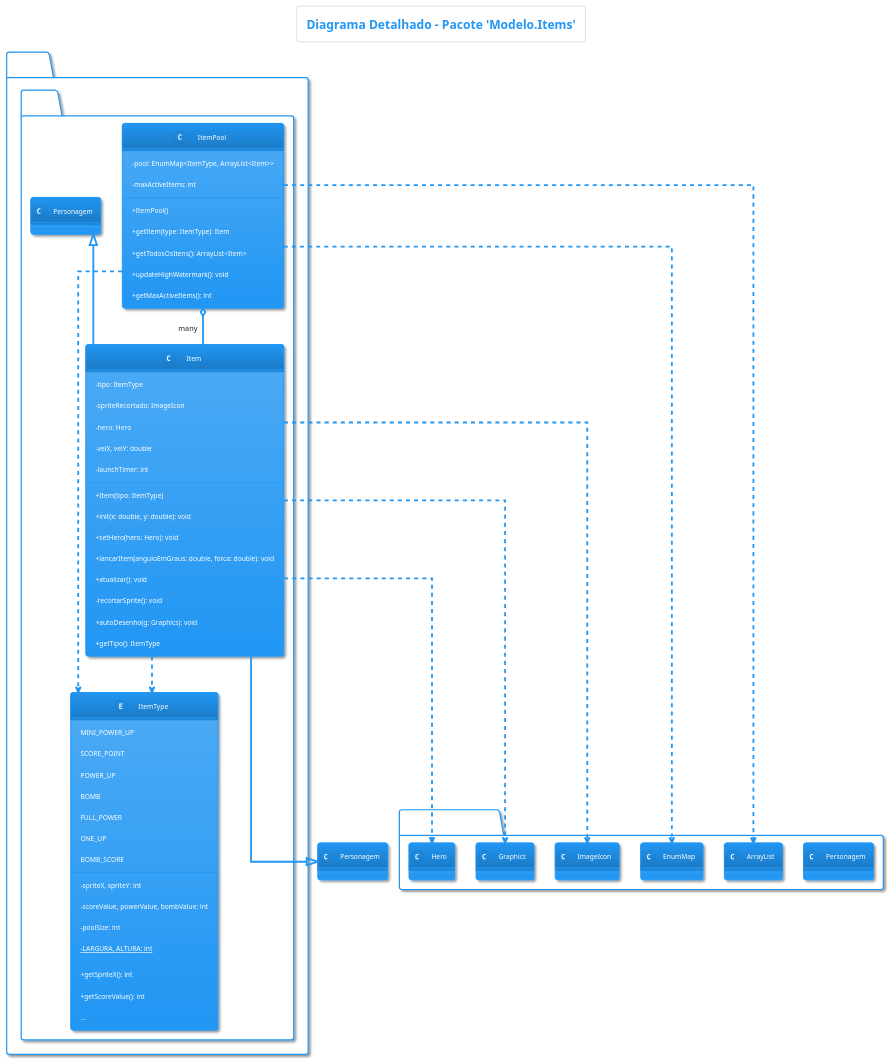
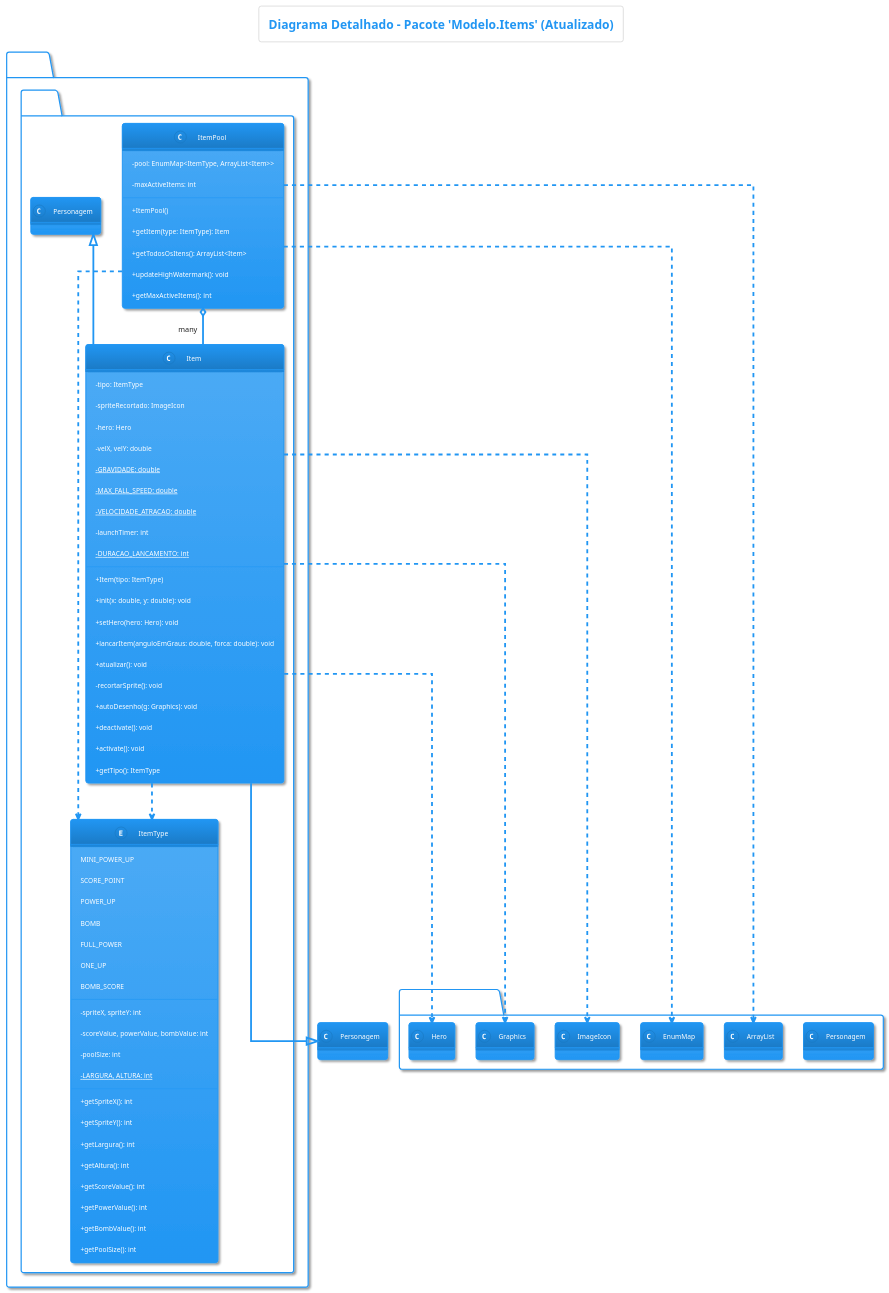
The diagram in docs/Modelo/Items/diagrama_detalhado.puml (LycalopX/Phantom), drawn with PlantUML before and after one commit. The commit also changed 18 other files, not shown here.

```diff
--- a/docs/Modelo/Items/diagrama_detalhado.puml
+++ b/docs/Modelo/Items/diagrama_detalhado.puml
@@ -1,84 +1,95 @@
 @startuml
 !theme materia
 skinparam classAttributeIconSize 0
 skinparam linetype ortho
 skinparam crossingCharacter '( )'
 skinparam classSeparatorColor DarkRed
 skinparam classSeparatorThickness 2
 
-title Diagrama Detalhado - Pacote 'Modelo.Items'
+title Diagrama Detalhado - Pacote 'Modelo.Items' (Atualizado)
 
 package "Modelo.Items" {
     class Item extends Personagem {
         - tipo: ItemType
         - spriteRecortado: ImageIcon
         - hero: Hero
         - velX, velY: double
+        {static} - GRAVIDADE: double
+        {static} - MAX_FALL_SPEED: double
+        {static} - VELOCIDADE_ATRACAO: double
         - launchTimer: int
+        {static} - DURACAO_LANCAMENTO: int
         --
         + Item(tipo: ItemType)
         + init(x: double, y: double): void
         + setHero(hero: Hero): void
         + lancarItem(anguloEmGraus: double, forca: double): void
         + atualizar(): void
         - recortarSprite(): void
         + autoDesenho(g: Graphics): void
+        + deactivate(): void
+        + activate(): void
         + getTipo(): ItemType
     }
 
     class ItemPool {
         - pool: EnumMap<ItemType, ArrayList<Item>>
         - maxActiveItems: int
         --
         + ItemPool()
         + getItem(type: ItemType): Item
         + getTodosOsItens(): ArrayList<Item>
         + updateHighWatermark(): void
         + getMaxActiveItems(): int
     }
 
     enum ItemType {
         MINI_POWER_UP
         SCORE_POINT
         POWER_UP
         BOMB
         FULL_POWER
         ONE_UP
         BOMB_SCORE
         --
         - spriteX, spriteY: int
         - scoreValue, powerValue, bombValue: int
         - poolSize: int
         {static} - LARGURA, ALTURA: int
         --
         + getSpriteX(): int
+        + getSpriteY(): int
+        + getLargura(): int
+        + getAltura(): int
         + getScoreValue(): int
-        ...
+        + getPowerValue(): int
+        + getBombValue(): int
+        + getPoolSize(): int
     }
 }
 
 package "Dependências Externas" {
     class Personagem
     class Hero
     class ImageIcon
     class Graphics
     class EnumMap
     class ArrayList
 }
 
 ' --- Relacionamentos de Herança ---
 Item --|> Personagem
 
 ' --- Relacionamentos de Composição e Agregação ---
 ItemPool o-- "many" Item
 
 ' --- Dependências ---
 Item ..> ItemType
 Item ..> Hero
 Item ..> ImageIcon
 Item ..> Graphics
 ItemPool ..> ItemType
 ItemPool ..> EnumMap
 ItemPool ..> ArrayList
 
 @enduml
```
